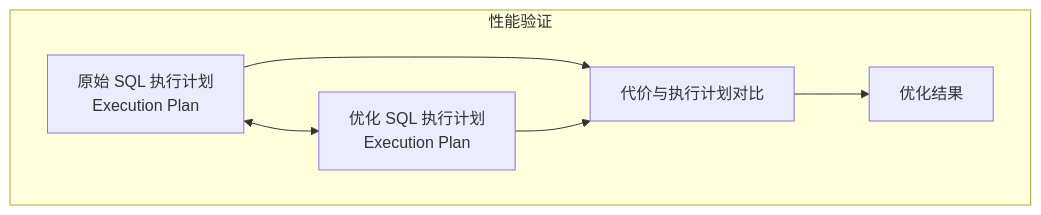
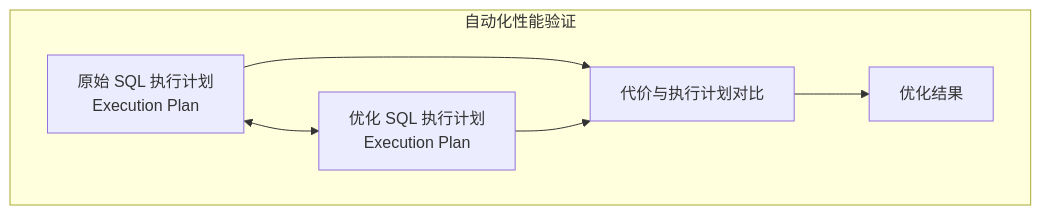
The third of 6 diagrams in docs/features/index.mdx (PawSQL/pawsql-docs-mantlify), drawn with Mermaid before and after one commit. The commit also changed other lines of this file and 143 other files, not shown here.

````diff
--- a/docs/features/index.mdx
+++ b/docs/features/index.mdx
@@ -150,9 +150,9 @@
 ```mermaid
 flowchart TD
-  subgraph sgPerf["性能验证"]
+  subgraph sgPerf["自动化性能验证"]
     A["原始 SQL 执行计划<br>Execution Plan"] <--> B["优化 SQL 执行计划<br>Execution Plan"]
     A --> C["代价与执行计划对比"]
     B --> C
     C --> D["优化结果"]
   end
 ```
````
